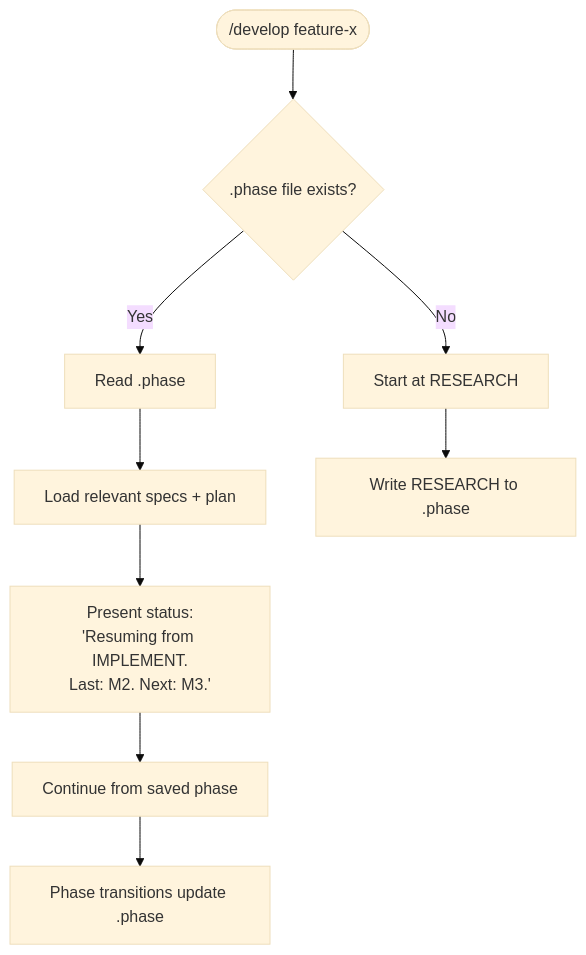
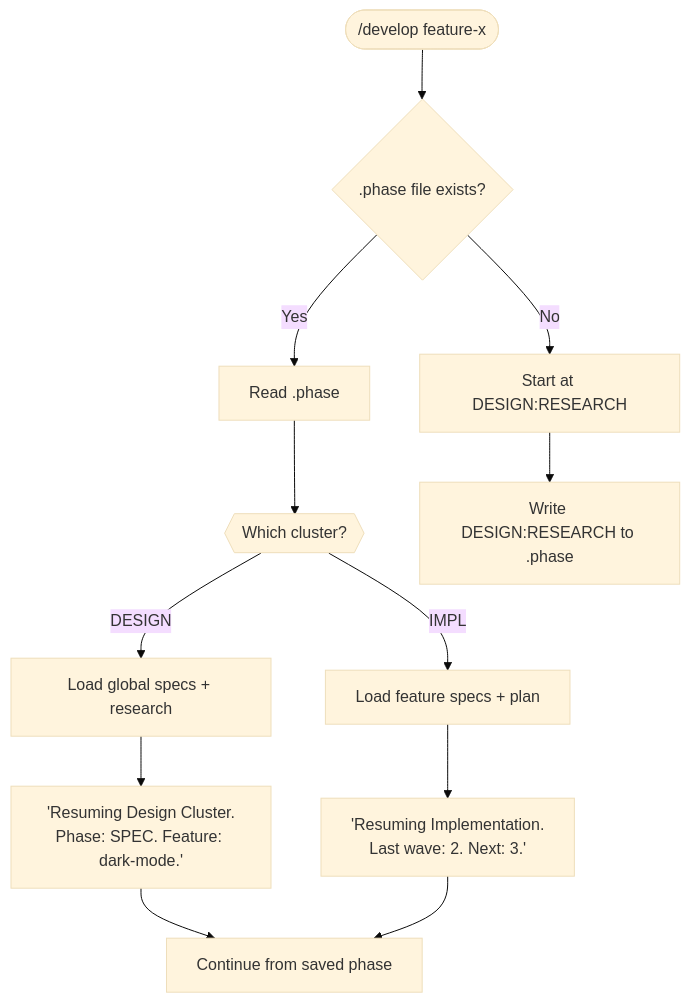
Before and after one commit to LennardZuendorf/vibe: the ninth of 11 diagrams in .spec/product-design.md, drawn with Mermaid (base theme). The commit also changed other lines of this file and 1 other file, not shown here.

First line of the commit message:
update: restructure product specs with clustered phases and global/feature spec separation

````diff
--- a/.spec/product-design.md
+++ b/.spec/product-design.md
@@ -250,12 +361,18 @@
 ```mermaid
 flowchart TD
     START(["/develop feature-x"]) --> CHECK{".phase file exists?"}
-    CHECK -->|No| FRESH["Start at RESEARCH"]
+    CHECK -->|No| FRESH["Start at DESIGN:RESEARCH"]
     CHECK -->|Yes| READ["Read .phase"]
-    READ --> LOAD["Load relevant specs + plan"]
-    LOAD --> STATUS["Present status:<br/>'Resuming from IMPLEMENT.<br/>Last: M2. Next: M3.'"]
-    STATUS --> CONTINUE["Continue from saved phase"]
+    READ --> WHICH_CLUSTER{{"Which cluster?"}}
 
-    FRESH --> SAVE1["Write RESEARCH to .phase"]
-    CONTINUE --> SAVE2["Phase transitions update .phase"]
+    WHICH_CLUSTER -->|DESIGN| LOAD_GLOBAL["Load global specs + research"]
+    WHICH_CLUSTER -->|IMPL| LOAD_FEATURE["Load feature specs + plan"]
+
+    LOAD_GLOBAL --> STATUS_D["'Resuming Design Cluster.<br/>Phase: SPEC. Feature: dark-mode.'"]
+    LOAD_FEATURE --> STATUS_I["'Resuming Implementation.<br/>Last wave: 2. Next: 3.'"]
+
+    STATUS_D --> CONTINUE["Continue from saved phase"]
+    STATUS_I --> CONTINUE
+
+    FRESH --> SAVE["Write DESIGN:RESEARCH to .phase"]
 ```
````
